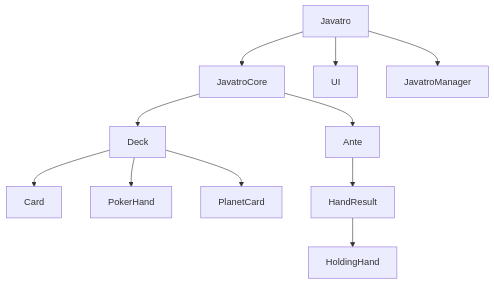
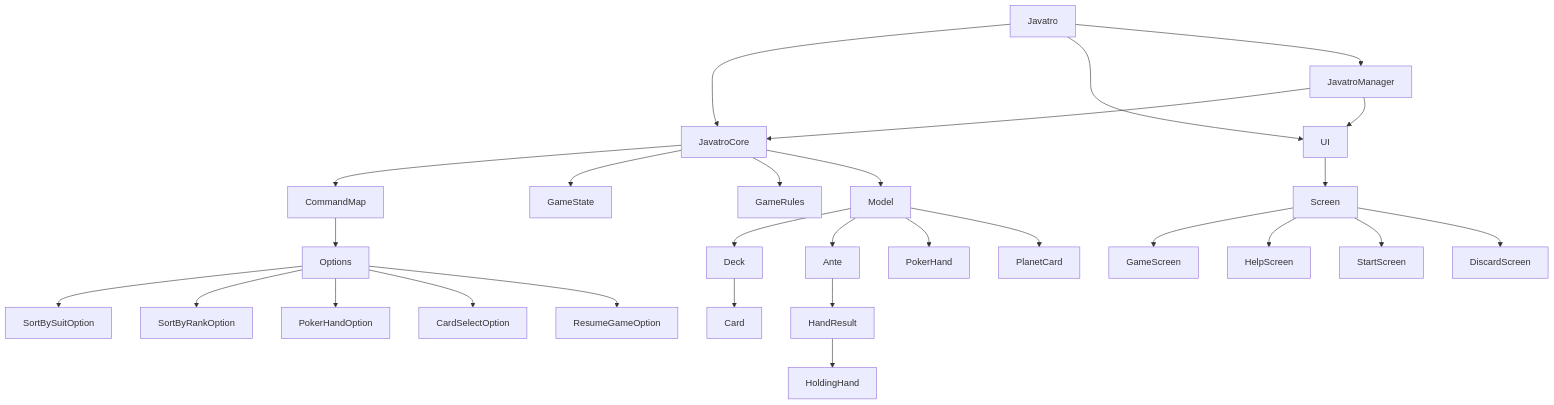
The first of 10 diagrams in docs/DeveloperGuide.md (jwyk/tp), drawn with Mermaid before and after one commit. The commit also changed other lines of this file, not shown here.

````diff
--- a/docs/DeveloperGuide.md
+++ b/docs/DeveloperGuide.md
@@ -45,13 +43,37 @@
 ```mermaid
 graph TD;
     Javatro --> JavatroCore;
     Javatro --> UI;
     Javatro --> JavatroManager;
-    JavatroCore --> Deck;
-    JavatroCore --> Ante;
+    
+    JavatroCore --> CommandMap;
+    CommandMap --> Options;
+    Options --> SortBySuitOption;
+    Options --> SortByRankOption;
+    Options --> PokerHandOption;
+    Options --> CardSelectOption;
+    Options --> ResumeGameOption;
+
+    JavatroCore --> GameState;  
+    JavatroCore --> GameRules;  
+
+    UI --> Screen;
+    Screen --> GameScreen;
+    Screen --> HelpScreen;
+    Screen --> StartScreen;
+    Screen --> DiscardScreen;  
+
+    JavatroManager --> JavatroCore; 
+    JavatroManager --> UI;
+
+    JavatroCore --> Model;  
+    Model --> Deck;
+    Model --> Ante;
+    Model --> PokerHand;
+    Model --> PlanetCard;
+
     Deck --> Card;
-    Deck --> PokerHand;
-    Deck --> PlanetCard;
     Ante --> HandResult;
     HandResult --> HoldingHand;
+
 ```
````
